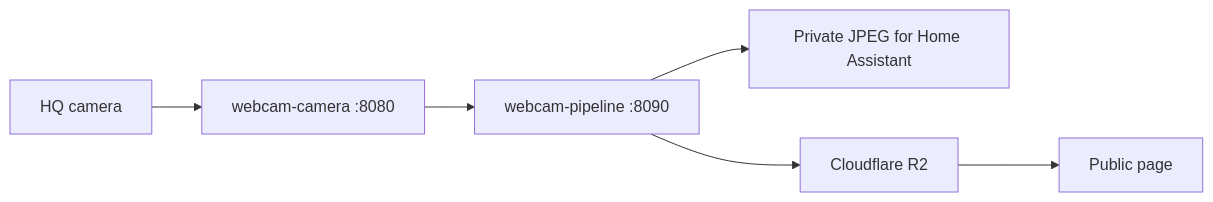
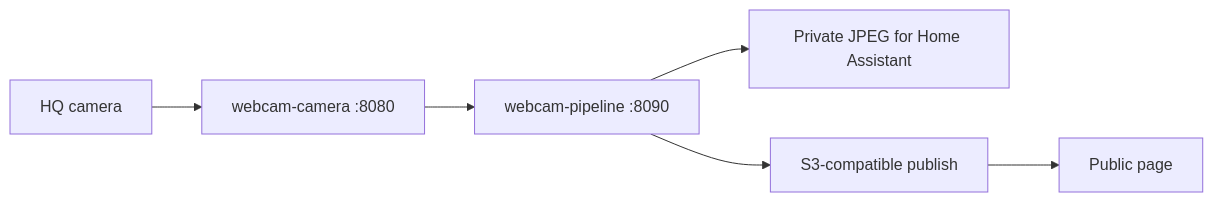
Before and after one commit to JavanXD/diy-home-webcam: the diagram in README.md, drawn with Mermaid. The commit also changed other lines of this file and 72 other files, not shown here.

First line of the commit message:
Support S3-compatible publish beyond Cloudflare R2.

````diff
--- a/README.md
+++ b/README.md
@@ -7,8 +7,8 @@
 ```mermaid
 flowchart LR
   sensor[HQ camera] --> cap["webcam-camera :8080"]
   cap --> pipe["webcam-pipeline :8090"]
   pipe --> lan[Private JPEG for Home Assistant]
-  pipe --> r2[Cloudflare R2]
-  r2 --> site[Public page]
+  pipe --> s3[S3-compatible publish]
+  s3 --> site[Public page]
 ```
````
